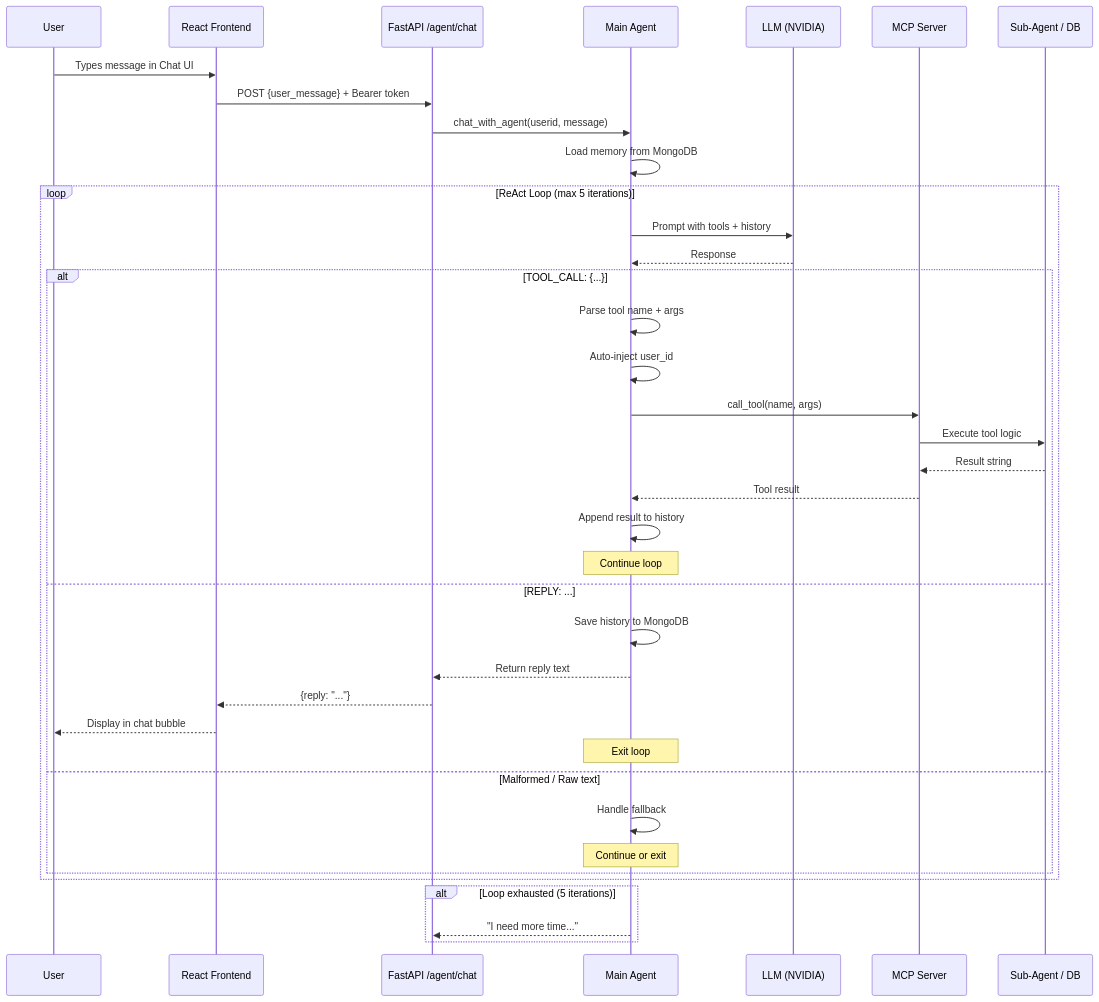
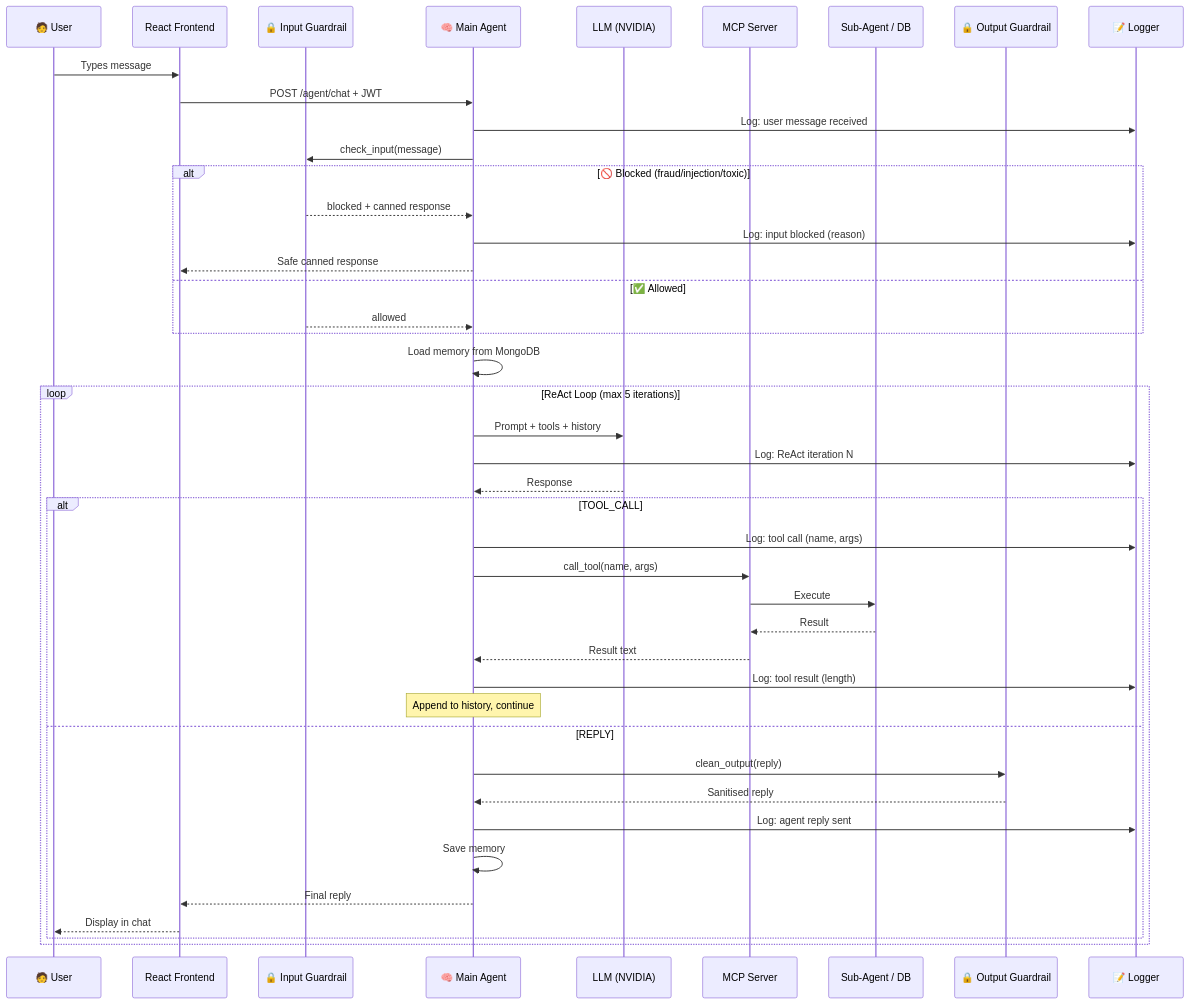
Before and after one commit to Manojkumar211205/insurance_hub: the third of 3 diagrams in README.md, drawn with Mermaid. The commit also changed other lines of this file and 64 other files, not shown here.

````diff
--- a/README.md
+++ b/README.md
@@ -118,44 +218,50 @@
 ```mermaid
 sequenceDiagram
-    participant U as User
+    participant U as 🧑 User
     participant FE as React Frontend
-    participant API as FastAPI /agent/chat
-    participant MA as Main Agent
+    participant GI as 🔒 Input Guardrail
+    participant MA as 🧠 Main Agent
     participant LLM as LLM (NVIDIA)
     participant MCP as MCP Server
     participant Tool as Sub-Agent / DB
+    participant GO as 🔒 Output Guardrail
+    participant LOG as 📝 Logger
 
-    U->>FE: Types message in Chat UI
-    FE->>API: POST {user_message} + Bearer token
-    API->>MA: chat_with_agent(userid, message)
+    U->>FE: Types message
+    FE->>MA: POST /agent/chat + JWT
+    MA->>LOG: Log: user message received
+    MA->>GI: check_input(message)
+
+    alt 🚫 Blocked (fraud/injection/toxic)
+        GI-->>MA: blocked + canned response
+        MA->>LOG: Log: input blocked (reason)
+        MA-->>FE: Safe canned response
+    else ✅ Allowed
+        GI-->>MA: allowed
+    end
+
     MA->>MA: Load memory from MongoDB
 
     loop ReAct Loop (max 5 iterations)
-        MA->>LLM: Prompt with tools + history
+        MA->>LLM: Prompt + tools + history
+        MA->>LOG: Log: ReAct iteration N
         LLM-->>MA: Response
 
-        alt TOOL_CALL: {...}
-            MA->>MA: Parse tool name + args
-            MA->>MA: Auto-inject user_id
+        alt TOOL_CALL
+            MA->>LOG: Log: tool call (name, args)
             MA->>MCP: call_tool(name, args)
-            MCP->>Tool: Execute tool logic
-            Tool-->>MCP: Result string
-            MCP-->>MA: Tool result
-            MA->>MA: Append result to history
-            Note over MA: Continue loop
-        else REPLY: ...
-            MA->>MA: Save history to MongoDB
-            MA-->>API: Return reply text
-            API-->>FE: {reply: "..."}
-            FE-->>U: Display in chat bubble
-            Note over MA: Exit loop
-        else Malformed / Raw text
-            MA->>MA: Handle fallback
-            Note over MA: Continue or exit
+            MCP->>Tool: Execute
+            Tool-->>MCP: Result
+            MCP-->>MA: Result text
+            MA->>LOG: Log: tool result (length)
+            Note over MA: Append to history, continue
+        else REPLY
+            MA->>GO: clean_output(reply)
+            GO-->>MA: Sanitised reply
+            MA->>LOG: Log: agent reply sent
+            MA->>MA: Save memory
+            MA-->>FE: Final reply
+            FE-->>U: Display in chat
         end
     end
-
-    alt Loop exhausted (5 iterations)
-        MA-->>API: "I need more time..."
-    end
 ```
````
